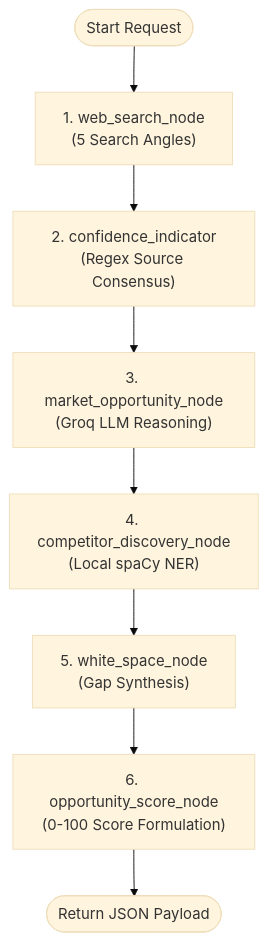
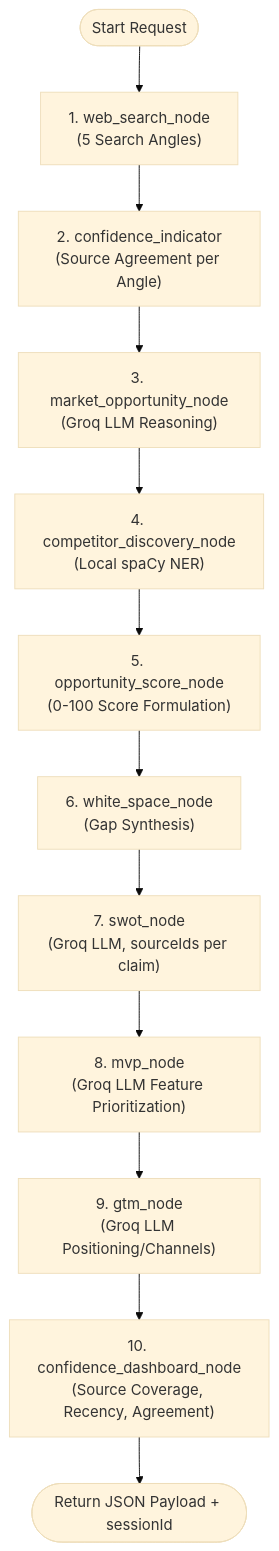
The second of 8 diagrams in docs/12_AFFINITY_VISUAL_ARCHITECTURE_DIAGRAM_GALLERY.md (Yasaswini-ch/Development-of-AI-Based-Startup-Idea-Validator-with-Market-Analysis-Assistance), drawn with Mermaid (base theme) before and after one commit. The commit also changed other lines of this file and 5 other files, not shown here.

First line of the commit message:
docs: sync architecture/pipeline docs with the current codebase

````diff
--- a/docs/12_AFFINITY_VISUAL_ARCHITECTURE_DIAGRAM_GALLERY.md
+++ b/docs/12_AFFINITY_VISUAL_ARCHITECTURE_DIAGRAM_GALLERY.md
@@ -71,10 +89,14 @@
 ```mermaid
 flowchart TD
     START(["Start Request"]) --> WebSearch["1. web_search_node\n(5 Search Angles)"]
-    WebSearch --> Confidence["2. confidence_indicator\n(Regex Source Consensus)"]
+    WebSearch --> Confidence["2. confidence_indicator\n(Source Agreement per Angle)"]
     Confidence --> Market["3. market_opportunity_node\n(Groq LLM Reasoning)"]
     Market --> Competitors["4. competitor_discovery_node\n(Local spaCy NER)"]
-    Competitors --> WhiteSpace["5. white_space_node\n(Gap Synthesis)"]
-    WhiteSpace --> Score["6. opportunity_score_node\n(0-100 Score Formulation)"]
-    Score --> END(["Return JSON Payload"])
+    Competitors --> Score["5. opportunity_score_node\n(0-100 Score Formulation)"]
+    Score --> WhiteSpace["6. white_space_node\n(Gap Synthesis)"]
+    WhiteSpace --> Swot["7. swot_node\n(Groq LLM, sourceIds per claim)"]
+    Swot --> Mvp["8. mvp_node\n(Groq LLM Feature Prioritization)"]
+    Mvp --> Gtm["9. gtm_node\n(Groq LLM Positioning/Channels)"]
+    Gtm --> ConfDash["10. confidence_dashboard_node\n(Source Coverage, Recency, Agreement)"]
+    ConfDash --> END(["Return JSON Payload + sessionId"])
 ```
````
